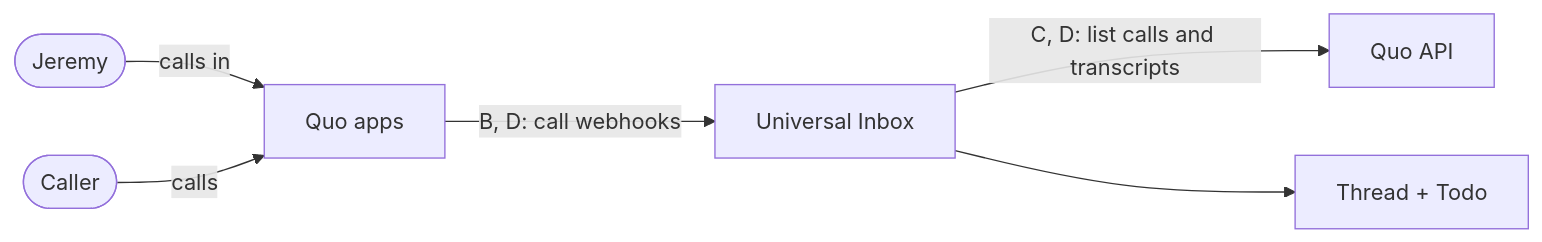
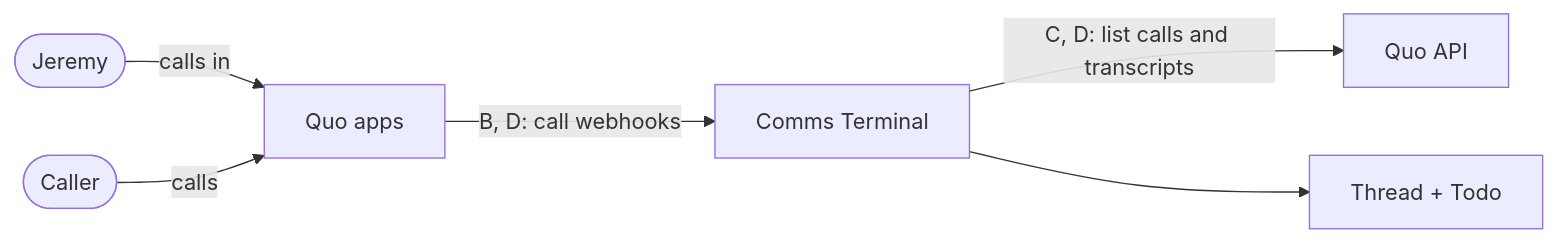
The first of 4 diagrams in .agents/discovery/2026-10-15-phone-calls.md (JMLegere/comms-terminal), drawn with Mermaid before and after one commit. The commit also changed other lines of this file and 181 other files, not shown here.

First line of the commit message:
Rename: Universal Inbox is now Comms Terminal

````diff
--- a/.agents/discovery/2026-10-15-phone-calls.md
+++ b/.agents/discovery/2026-10-15-phone-calls.md
@@ -178,8 +178,8 @@
 ```mermaid
 flowchart LR
   J([Jeremy]) -- calls in --> Q[Quo apps]
   C([Caller]) -- calls --> Q
-  Q -- "B, D: call webhooks" --> UI[Universal Inbox]
+  Q -- "B, D: call webhooks" --> UI[Comms Terminal]
   UI -- "C, D: list calls and transcripts" --> QA[Quo API]
   UI --> T[Thread + Todo]
 ```
````
